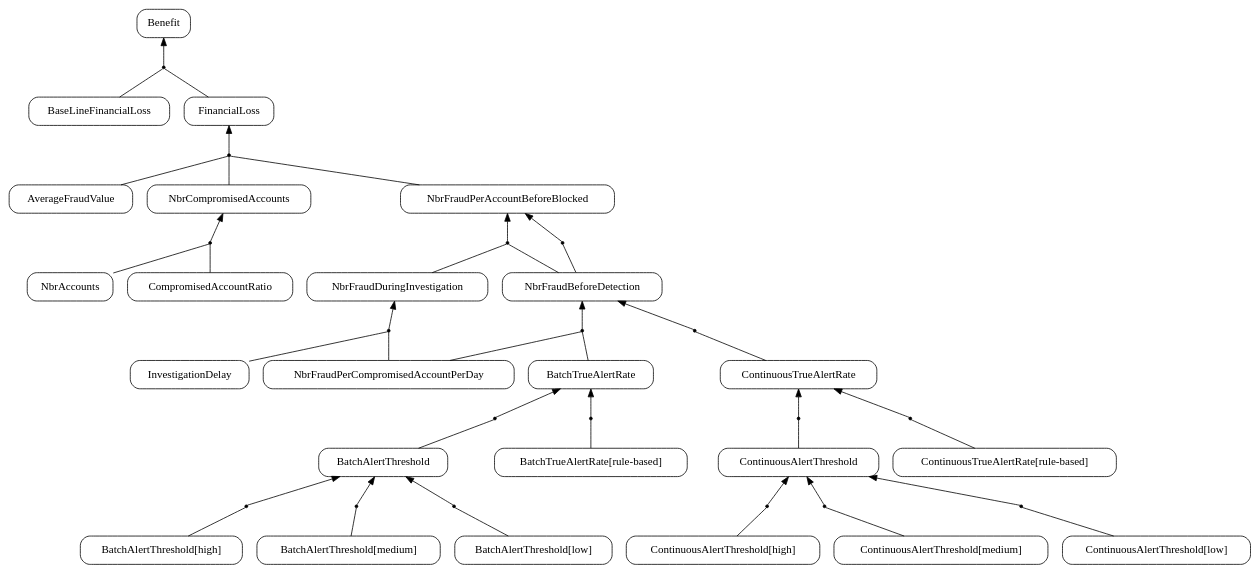
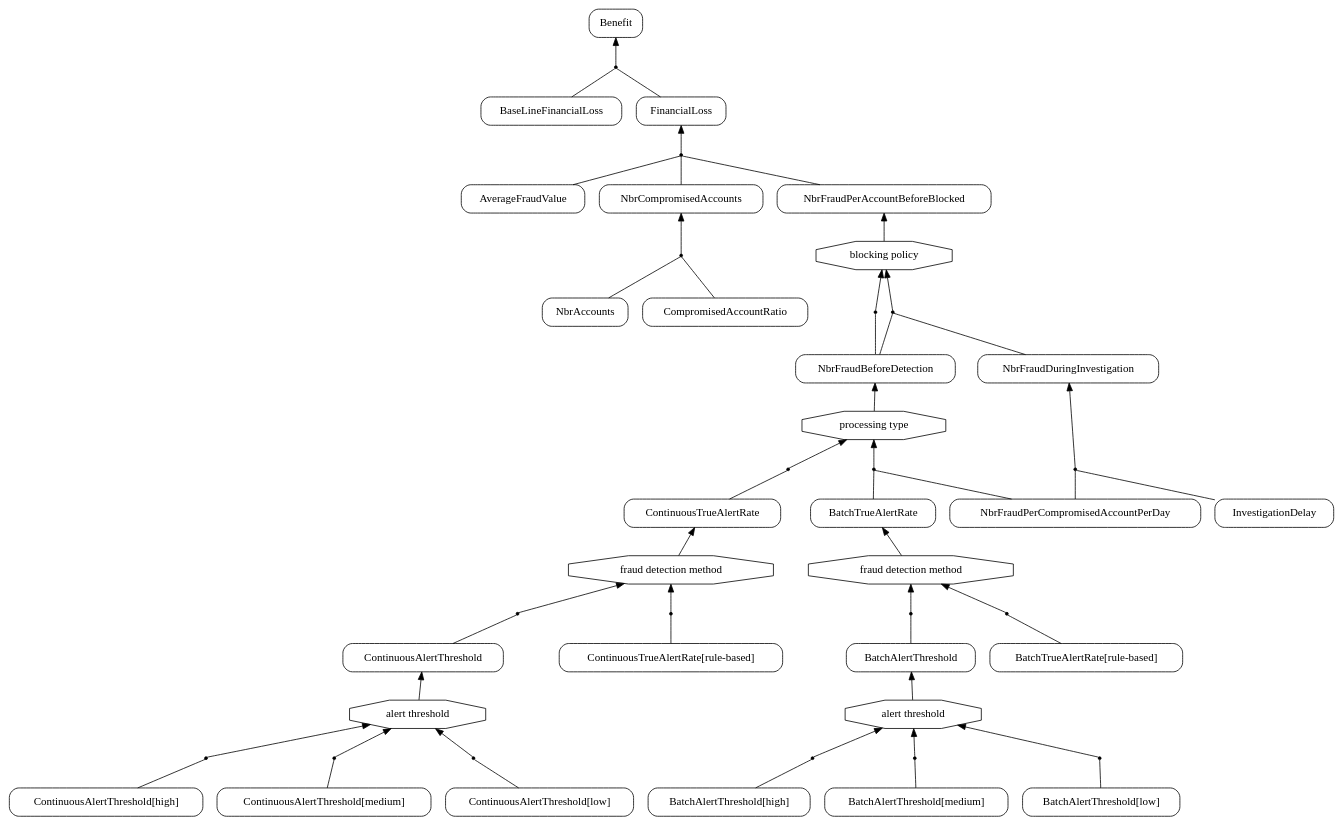
One commit to sbusari/RADAR2 changed the diagram in uk.ac.ucl.cs.examples/FDM/ICSE/AnalysisResult/graph/FDMvgraph.dot. Above: the diagram before and after it, drawn with Graphviz. The commit also changed 66 other files, not shown here.

```diff
--- a/uk.ac.ucl.cs.examples/FDM/ICSE/AnalysisResult/graph/FDMvgraph.dot
+++ b/uk.ac.ucl.cs.examples/FDM/ICSE/AnalysisResult/graph/FDMvgraph.dot
@@ -1,98 +1,104 @@
 digraph G { 
 rankdir = BT 
 "BaseLineFinancialLoss"[shape = box, style = rounded] 
 "AverageFraudValue"[shape = box, style = rounded] 
 "NbrAccounts"[shape = box, style = rounded] 
 "CompromisedAccountRatio"[shape = box, style = rounded] 
 "NbrCompromisedAccounts"[shape = box, style = rounded] 
 AndRef0[shape = point] 
 AndRef0->"NbrCompromisedAccounts"
 "NbrAccounts"->AndRef0 [dir = none] 
 "CompromisedAccountRatio"->AndRef0 [dir = none] 
 AndRef1[shape = point] 
+2[label="alert threshold", shape = polygon, sides =8]2->"ContinuousAlertThreshold"
 "ContinuousAlertThreshold[high]"[shape = box, style = rounded] 
-AndRef1->"ContinuousAlertThreshold"
+AndRef1->2
 "ContinuousAlertThreshold[high]"->AndRef1 [dir = none] 
 AndRef2[shape = point] 
-"ContinuousAlertThreshold[medium]"[shape = box, style = rounded] 
-AndRef2->"ContinuousAlertThreshold"
+2[label="alert threshold", shape = polygon, sides =8]"ContinuousAlertThreshold[medium]"[shape = box, style = rounded] 
+AndRef2->2
 "ContinuousAlertThreshold[medium]"->AndRef2 [dir = none] 
 AndRef3[shape = point] 
-"ContinuousAlertThreshold[low]"[shape = box, style = rounded] 
-AndRef3->"ContinuousAlertThreshold"
+2[label="alert threshold", shape = polygon, sides =8]"ContinuousAlertThreshold[low]"[shape = box, style = rounded] 
+AndRef3->2
 "ContinuousAlertThreshold[low]"->AndRef3 [dir = none] 
 "ContinuousAlertThreshold"[shape = box, style = rounded] 
 AndRef4[shape = point] 
+5[label="fraud detection method", shape = polygon, sides =8]5->"ContinuousTrueAlertRate"
 "ContinuousAlertThreshold"[shape = box, style = rounded] 
-AndRef4->"ContinuousTrueAlertRate"
+AndRef4->5
 "ContinuousAlertThreshold"->AndRef4 [dir = none] 
 AndRef5[shape = point] 
-"ContinuousTrueAlertRate[rule-based]"[shape = box, style = rounded] 
-AndRef5->"ContinuousTrueAlertRate"
+5[label="fraud detection method", shape = polygon, sides =8]"ContinuousTrueAlertRate[rule-based]"[shape = box, style = rounded] 
+AndRef5->5
 "ContinuousTrueAlertRate[rule-based]"->AndRef5 [dir = none] 
 "ContinuousTrueAlertRate"[shape = box, style = rounded] 
 AndRef6[shape = point] 
+7[label="processing type", shape = polygon, sides =8]7->"NbrFraudBeforeDetection"
 "ContinuousTrueAlertRate"[shape = box, style = rounded] 
-AndRef6->"NbrFraudBeforeDetection"
+AndRef6->7
 "ContinuousTrueAlertRate"->AndRef6 [dir = none] 
 "NbrFraudPerCompromisedAccountPerDay"[shape = box, style = rounded] 
 AndRef7[shape = point] 
+8[label="alert threshold", shape = polygon, sides =8]8->"BatchAlertThreshold"
 "BatchAlertThreshold[high]"[shape = box, style = rounded] 
-AndRef7->"BatchAlertThreshold"
+AndRef7->8
 "BatchAlertThreshold[high]"->AndRef7 [dir = none] 
 AndRef8[shape = point] 
-"BatchAlertThreshold[medium]"[shape = box, style = rounded] 
-AndRef8->"BatchAlertThreshold"
+8[label="alert threshold", shape = polygon, sides =8]"BatchAlertThreshold[medium]"[shape = box, style = rounded] 
+AndRef8->8
 "BatchAlertThreshold[medium]"->AndRef8 [dir = none] 
 AndRef9[shape = point] 
-"BatchAlertThreshold[low]"[shape = box, style = rounded] 
-AndRef9->"BatchAlertThreshold"
+8[label="alert threshold", shape = polygon, sides =8]"BatchAlertThreshold[low]"[shape = box, style = rounded] 
+AndRef9->8
 "BatchAlertThreshold[low]"->AndRef9 [dir = none] 
 "BatchAlertThreshold"[shape = box, style = rounded] 
 AndRef10[shape = point] 
+11[label="fraud detection method", shape = polygon, sides =8]11->"BatchTrueAlertRate"
 "BatchAlertThreshold"[shape = box, style = rounded] 
-AndRef10->"BatchTrueAlertRate"
+AndRef10->11
 "BatchAlertThreshold"->AndRef10 [dir = none] 
 AndRef11[shape = point] 
-"BatchTrueAlertRate[rule-based]"[shape = box, style = rounded] 
-AndRef11->"BatchTrueAlertRate"
+11[label="fraud detection method", shape = polygon, sides =8]"BatchTrueAlertRate[rule-based]"[shape = box, style = rounded] 
+AndRef11->11
 "BatchTrueAlertRate[rule-based]"->AndRef11 [dir = none] 
 "BatchTrueAlertRate"[shape = box, style = rounded] 
 AndRef12[shape = point] 
-"NbrFraudPerCompromisedAccountPerDay"[shape = box, style = rounded] 
+7[label="processing type", shape = polygon, sides =8]"NbrFraudPerCompromisedAccountPerDay"[shape = box, style = rounded] 
 "BatchTrueAlertRate"[shape = box, style = rounded] 
-AndRef12->"NbrFraudBeforeDetection"
+AndRef12->7
 "NbrFraudPerCompromisedAccountPerDay"->AndRef12 [dir = none] 
 "BatchTrueAlertRate"->AndRef12 [dir = none] 
 "NbrFraudBeforeDetection"[shape = box, style = rounded] 
 AndRef13[shape = point] 
+14[label="blocking policy", shape = polygon, sides =8]14->"NbrFraudPerAccountBeforeBlocked"
 "NbrFraudBeforeDetection"[shape = box, style = rounded] 
-AndRef13->"NbrFraudPerAccountBeforeBlocked"
+AndRef13->14
 "NbrFraudBeforeDetection"->AndRef13 [dir = none] 
 "NbrFraudBeforeDetection"[shape = box, style = rounded] 
 "NbrFraudPerCompromisedAccountPerDay"[shape = box, style = rounded] 
 "InvestigationDelay"[shape = box, style = rounded] 
 "NbrFraudDuringInvestigation"[shape = box, style = rounded] 
 AndRef14[shape = point] 
 AndRef14->"NbrFraudDuringInvestigation"
 "NbrFraudPerCompromisedAccountPerDay"->AndRef14 [dir = none] 
 "InvestigationDelay"->AndRef14 [dir = none] 
 AndRef15[shape = point] 
-"NbrFraudBeforeDetection"[shape = box, style = rounded] 
+14[label="blocking policy", shape = polygon, sides =8]"NbrFraudBeforeDetection"[shape = box, style = rounded] 
 "NbrFraudDuringInvestigation"[shape = box, style = rounded] 
-AndRef15->"NbrFraudPerAccountBeforeBlocked"
+AndRef15->14
 "NbrFraudBeforeDetection"->AndRef15 [dir = none] 
 "NbrFraudDuringInvestigation"->AndRef15 [dir = none] 
 "NbrFraudPerAccountBeforeBlocked"[shape = box, style = rounded] 
 "FinancialLoss"[shape = box, style = rounded] 
 AndRef16[shape = point] 
 AndRef16->"FinancialLoss"
 "AverageFraudValue"->AndRef16 [dir = none] 
 "NbrCompromisedAccounts"->AndRef16 [dir = none] 
 "NbrFraudPerAccountBeforeBlocked"->AndRef16 [dir = none] 
 "Benefit"[shape = box, style = rounded] 
 AndRef17[shape = point] 
 AndRef17->"Benefit"
 "BaseLineFinancialLoss"->AndRef17 [dir = none] 
 "FinancialLoss"->AndRef17 [dir = none] 
 }
```
